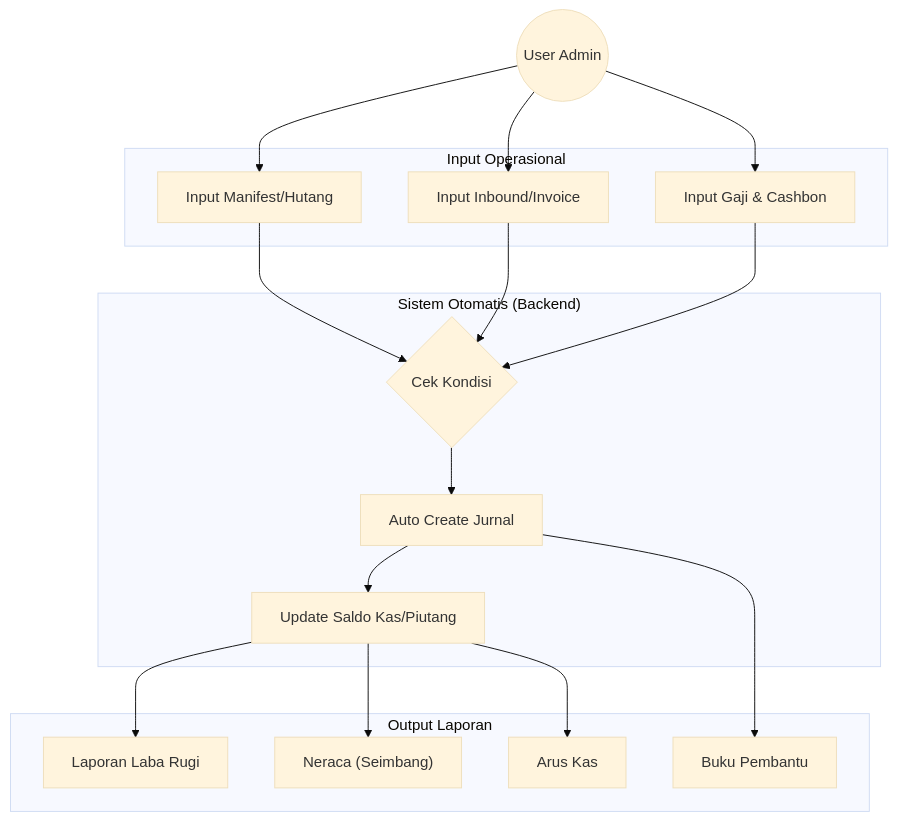
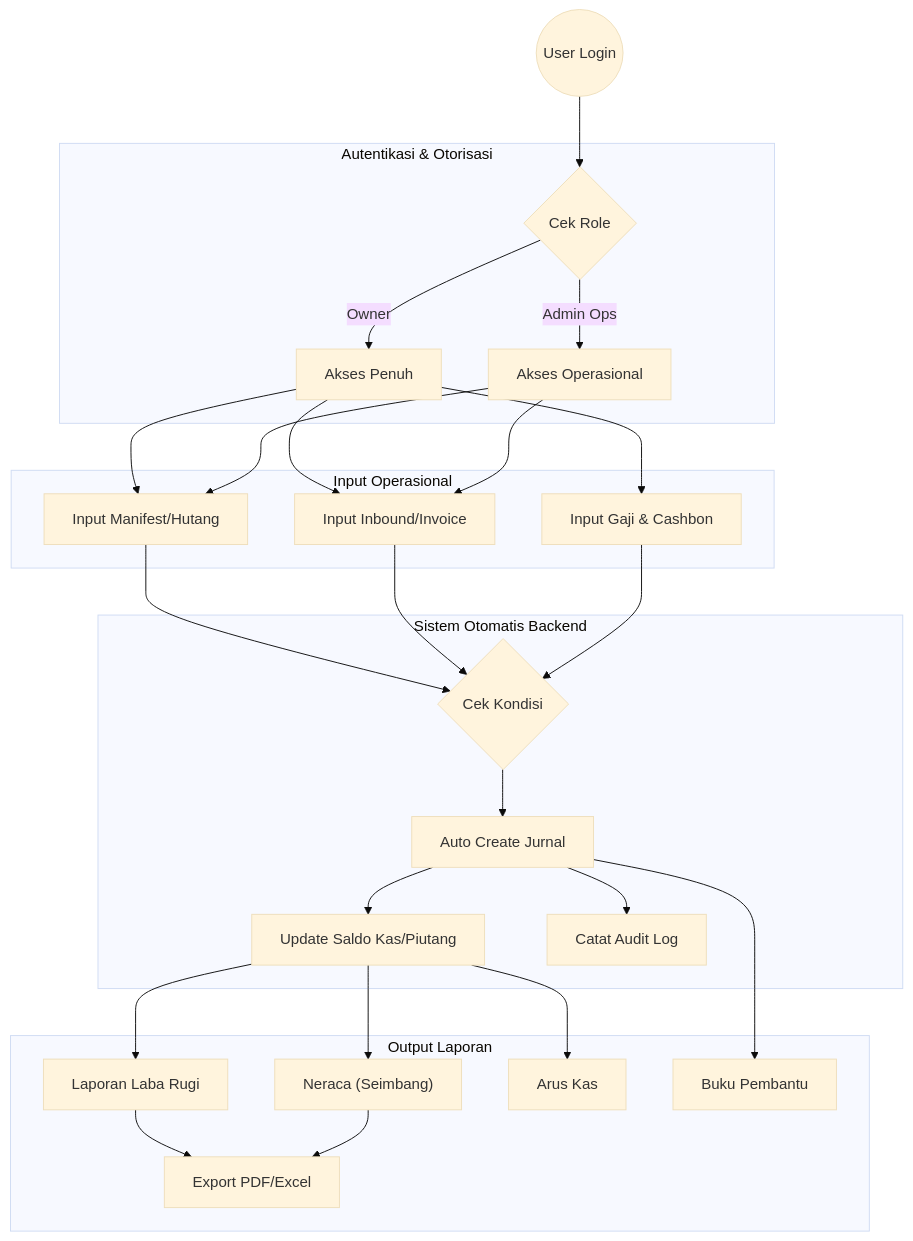
One commit to bmmcargo/dashboard-accountant changed the second of 2 diagrams in README.md. Above: the diagram before and after it, drawn with Mermaid (base theme). The commit also changed other lines of this file and 40 other files, not shown here.

````diff
--- a/README.md
+++ b/README.md
@@ -139,39 +214,53 @@
 ```mermaid
 graph TD
-    User((User Admin))
+    User((User Login))
+
+    subgraph Auth ["Autentikasi & Otorisasi"]
+        R{Cek Role}
+        R -->|Owner| FullAccess[Akses Penuh]
+        R -->|Admin Ops| LimitedAccess[Akses Operasional]
+    end
 
     subgraph InputOps ["Input Operasional"]
         A[Input Manifest/Hutang]
         B[Input Inbound/Invoice]
         C[Input Gaji & Cashbon]
     end
 
-    subgraph BackendSys ["Sistem Otomatis (Backend)"]
+    subgraph BackendSys ["Sistem Otomatis Backend"]
         D{Cek Kondisi}
         E[Auto Create Jurnal]
         F[Update Saldo Kas/Piutang]
+        AL[Catat Audit Log]
     end
 
     subgraph OutputRep ["Output Laporan"]
         G[Laporan Laba Rugi]
         H["Neraca (Seimbang)"]
         I[Arus Kas]
         J[Buku Pembantu]
+        EX[Export PDF/Excel]
     end
 
-    User --> A
-    User --> B
-    User --> C
+    User --> R
+    FullAccess --> A
+    FullAccess --> B
+    FullAccess --> C
+    LimitedAccess --> A
+    LimitedAccess --> B
 
     A --> D
     B --> D
     C --> D
 
     D --> E
     E --> F
+    E --> AL
 
     F --> G
     F --> H
     F --> I
     E --> J
+    G --> EX
+    H --> EX
 ```
````
